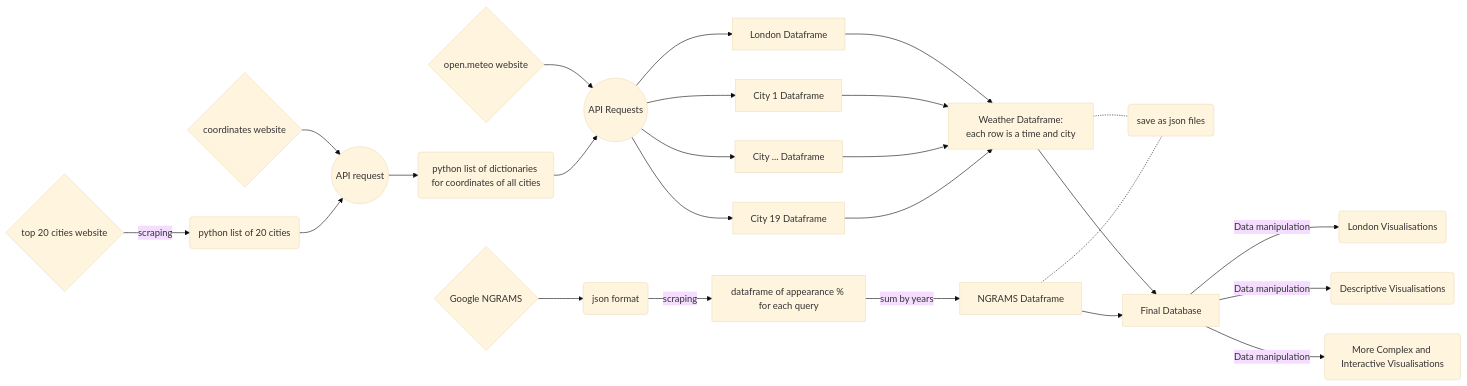
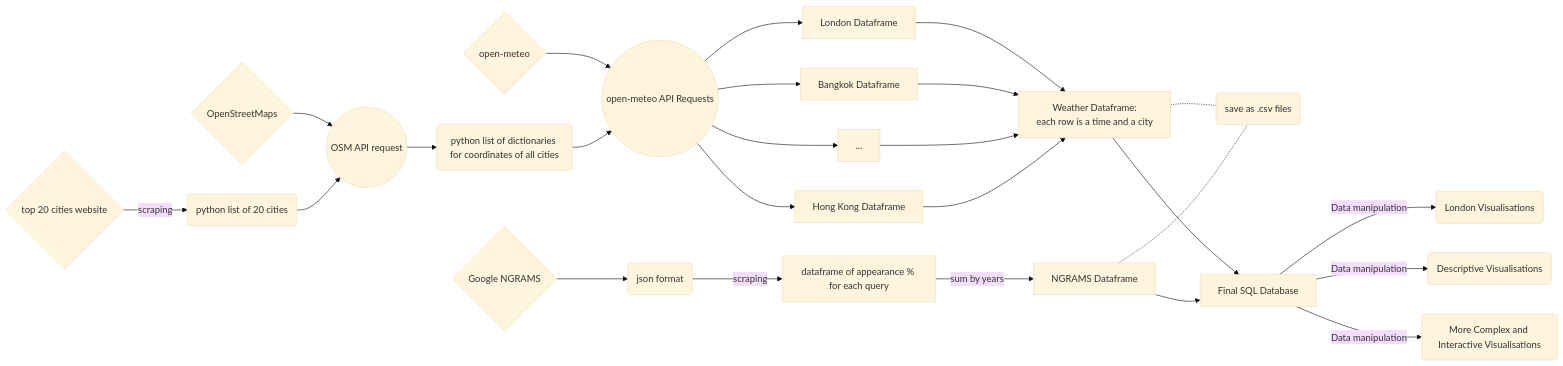
Before and after one commit to lse-ds105/ds105w-project-rubber-ducks: the diagram in docs/mermaid.md, drawn with Mermaid (base theme).

Commit message:
Updating the mermaid diagram

````diff
--- a/docs/mermaid.md
+++ b/docs/mermaid.md
@@ -1,28 +1,27 @@
 ``` mermaid
 flowchart LR
-    A{open.meteo website} --> L((API Requests))
+    A{open-meteo} --> L((open-meteo API Requests))
     L --> B[London Dataframe]
-    L --> C[City 1 Dataframe]
-    L --> D[City ... Dataframe]
-    L --> E[City 19 Dataframe]
+    L --> C[Bangkok Dataframe]
+    L --> D[ ... ]
+    L --> E[Hong Kong Dataframe]
     G{top 20 cities website} -->|scraping| H(python list of 20 cities)
-    I{coordinates website} --> J((API request))
+    I{OpenStreetMaps} --> J((OSM API request))
     H --> J
     J --> K(python list of dictionaries for coordinates of all cities)
     K --> L
-    B --> M[Weather Dataframe: 
-    each row is a time and city]
+    B --> M[Weather Dataframe:<br>each row is a time and a city]
     C --> M
     D --> M
     E --> M
-    M -.- F(save as json files)
+    M -.- F(save as .csv files)
     N{Google NGRAMS} --> S(json format)
     S --> |scraping| T[dataframe of appearance % for each query]
     T --> |sum by years| U[NGRAMS Dataframe]
     U -.- F
-    M --> V[Final Database]
+    M --> V[Final SQL Database]
     U --> V
     V -->|Data manipulation| O(London Visualisations)
     V -->|Data manipulation| Q(Descriptive Visualisations)
     V -->|Data manipulation| R(More Complex and Interactive Visualisations)
 ```
````
